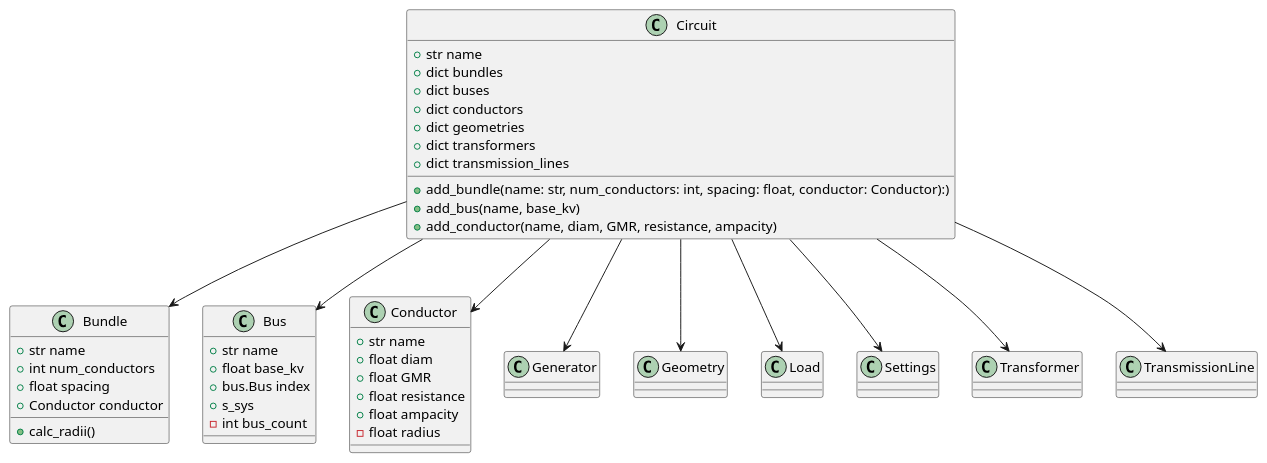
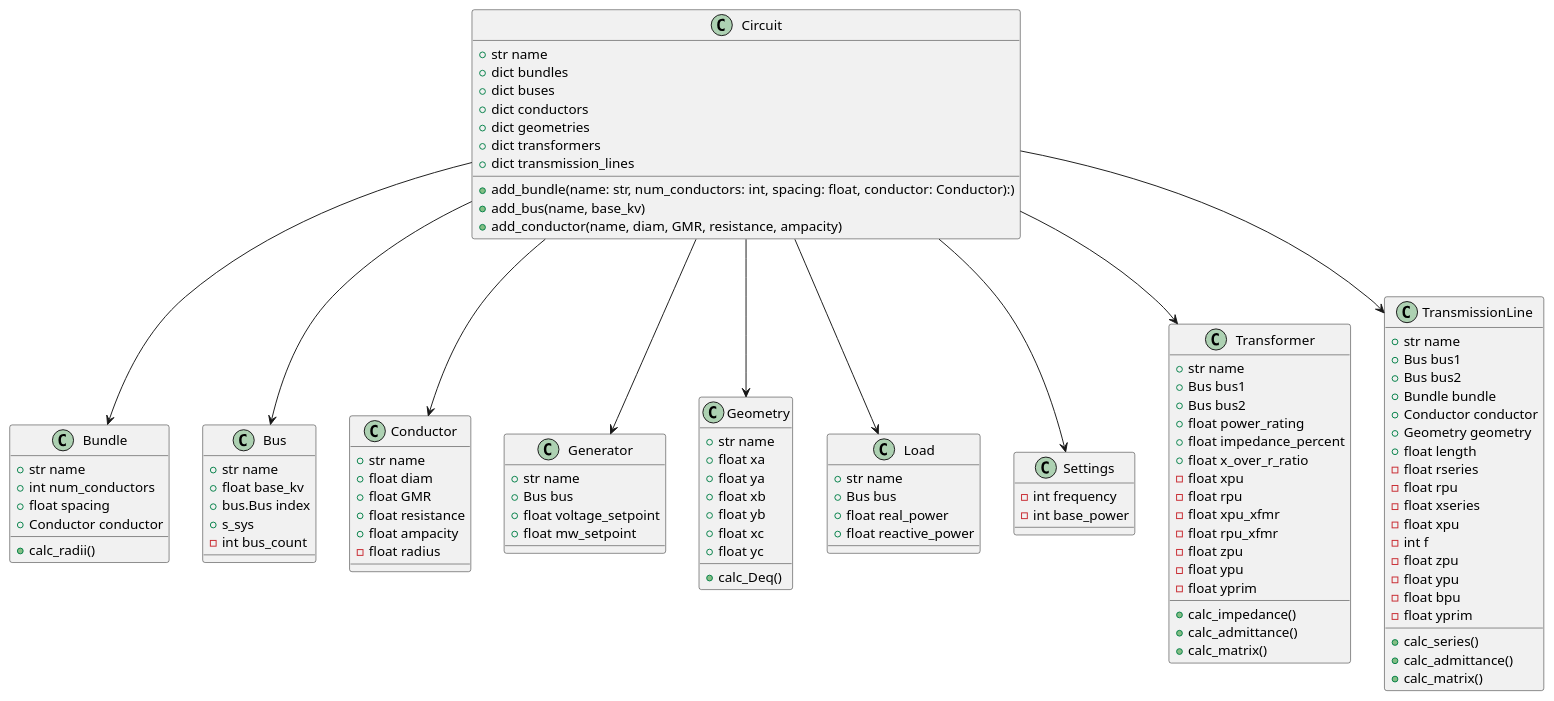
Before and after one commit to AJG184-Pitt/Project-3---GUI-Frontend: the diagram in circuit.puml, drawn with PlantUML. The commit also changed 7 other files, not shown here.

```diff
--- a/circuit.puml
+++ b/circuit.puml
@@ -1,76 +1,126 @@
 @startuml
 class Circuit {
     +str name
     +dict bundles
     +dict buses
     +dict conductors
     +dict geometries
     +dict transformers
     +dict transmission_lines
 
     +add_bundle(name: str, num_conductors: int, spacing: float, conductor: Conductor):)
     +add_bus(name, base_kv)
     +add_conductor(name, diam, GMR, resistance, ampacity)
 }
 
 class Bundle {
     +str name
     +int num_conductors
     +float spacing
     +Conductor conductor
 
     +calc_radii()
 }
 
 class Bus {
     +str name
     +float base_kv
     +bus.Bus index
     +s_sys
     -int bus_count
 }
 
 class Conductor {
     +str name
     +float diam
     +float GMR
     +float resistance
     +float ampacity
     -float radius
 }
 
 class Generator {
-
+    +str name
+    +Bus bus
+    +float voltage_setpoint
+    +float mw_setpoint
 }
 
 class Geometry {
+    +str name
+    +float xa
+    +float ya
+    +float xb
+    +float yb
+    +float xc
+    +float yc
 
+    +calc_Deq()
 }
 
 class Load {
-
+    +str name
+    +Bus bus
+    +float real_power
+    +float reactive_power
 }
 
 class Settings {
-
+    -int frequency
+    -int base_power
 }
 
 class Transformer {
+    +str name
+    +Bus bus1
+    +Bus bus2
+    +float power_rating
+    +float impedance_percent
+    +float x_over_r_ratio
+    -float xpu
+    -float rpu
+    -float xpu_xfmr
+    -float rpu_xfmr
+    -float zpu
+    -float ypu
+    -float yprim
 
+    +calc_impedance()
+    +calc_admittance()
+    +calc_matrix()
 }
 
 class TransmissionLine {
+    +str name
+    +Bus bus1
+    +Bus bus2
+    +Bundle bundle
+    +Conductor conductor 
+    +Geometry geometry 
+    +float length
+    -float rseries
+    -float rpu
+    -float xseries
+    -float xpu
+    -int f
+    -float zpu
+    -float ypu
+    -float bpu
+    -float yprim
 
+    +calc_series()
+    +calc_admittance()
+    +calc_matrix()
 }
 
 Circuit --> Bundle
 Circuit --> Bus
 Circuit --> Conductor
 Circuit --> Generator
 Circuit --> Geometry
 Circuit --> Load
 Circuit --> Settings
 Circuit --> Transformer
 Circuit --> TransmissionLine
 
 @enduml
```
